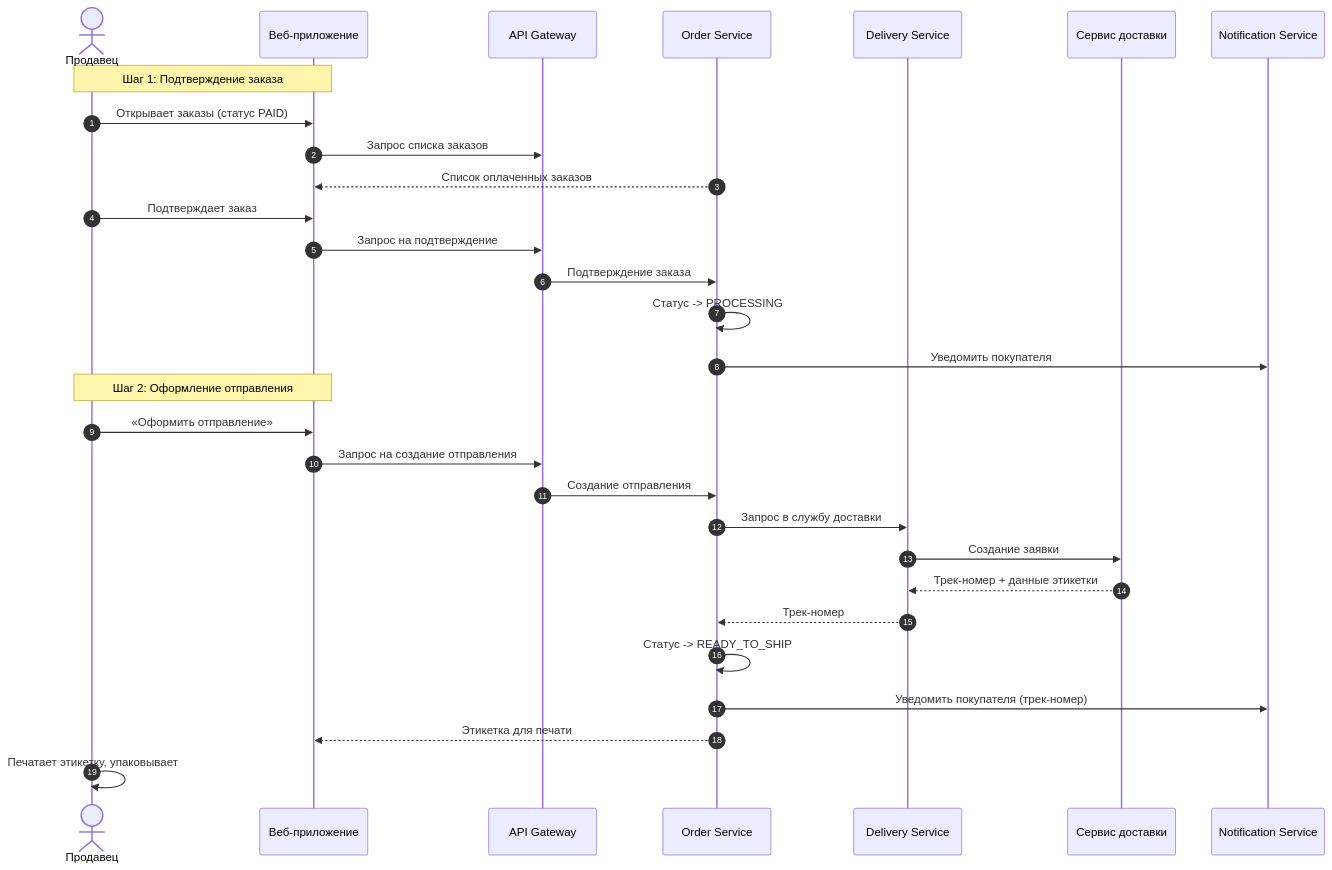
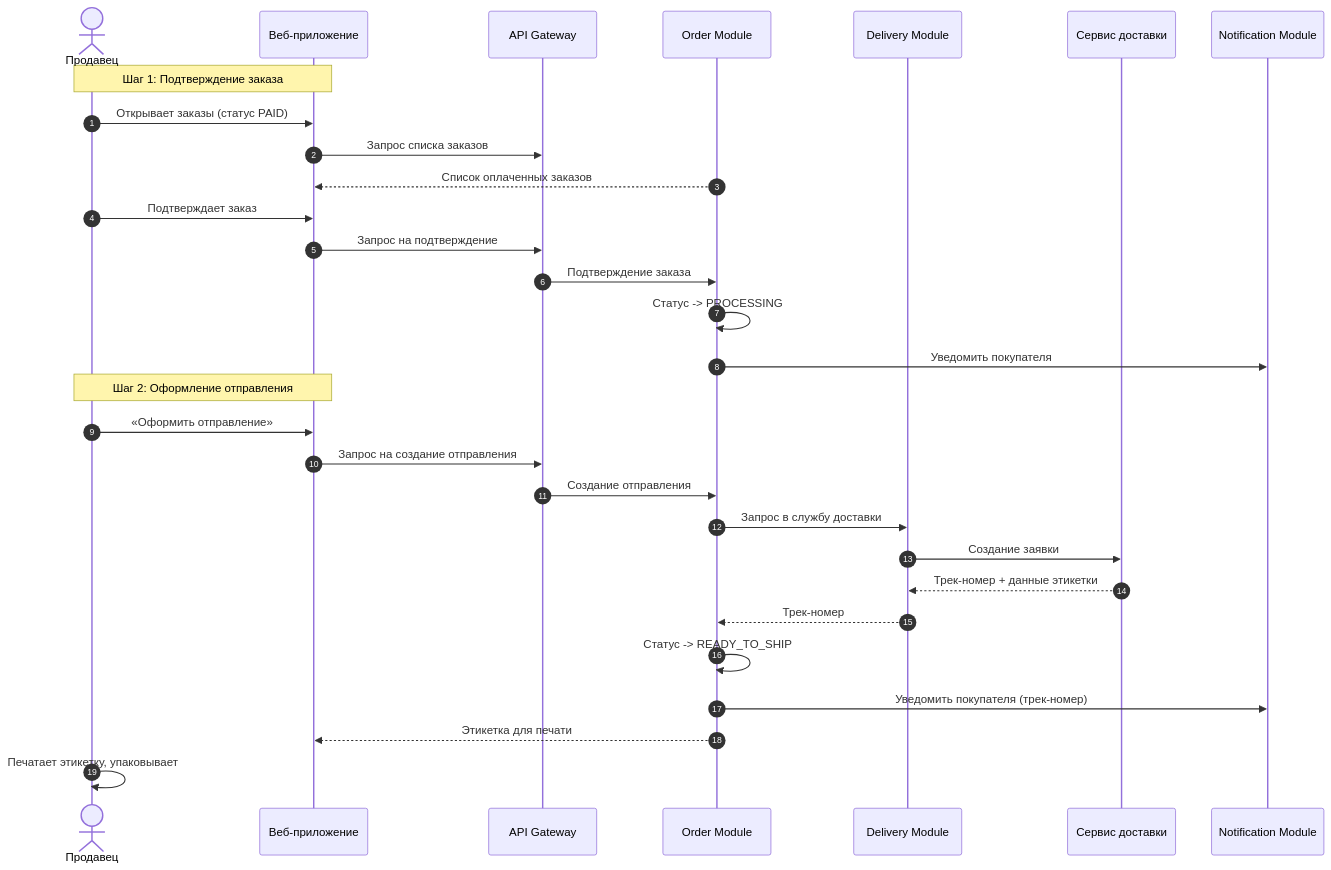
Before and after one commit to EkaterinaNikolaeva/hse-arch-and-design-is: the seventh of 9 diagrams in task-1/docs/TASK1.md, drawn with Mermaid. The commit also changed other lines of this file, not shown here.

Commit message:
rename services to modules, update diagrams

````diff
--- a/task-1/docs/TASK1.md
+++ b/task-1/docs/TASK1.md
@@ -422,36 +439,36 @@
 ```mermaid
 sequenceDiagram
     autonumber
     actor Seller as Продавец
     participant Web as Веб-приложение
     participant API as API Gateway
-    participant Order as Order Service
-    participant Delivery as Delivery Service
+    participant Order as Order Module
+    participant Delivery as Delivery Module
     participant ExtDelivery as Сервис доставки
-    participant Notify as Notification Service
+    participant Notify as Notification Module
 
     Note over Seller, Web: Шаг 1: Подтверждение заказа
     Seller->>Web: Открывает заказы (статус PAID)
     Web->>API: Запрос списка заказов
     Order-->>Web: Список оплаченных заказов
 
     Seller->>Web: Подтверждает заказ
     Web->>API: Запрос на подтверждение
     API->>Order: Подтверждение заказа
     Order->>Order: Статус -> PROCESSING
     Order->>Notify: Уведомить покупателя
     
     Note over Seller, Web: Шаг 2: Оформление отправления
     Seller->>Web: «Оформить отправление»
     Web->>API: Запрос на создание отправления
     API->>Order: Создание отправления
     Order->>Delivery: Запрос в службу доставки
     Delivery->>ExtDelivery: Создание заявки
     ExtDelivery-->>Delivery: Трек-номер + данные этикетки
     Delivery-->>Order: Трек-номер
     Order->>Order: Статус -> READY_TO_SHIP
     Order->>Notify: Уведомить покупателя (трек-номер)
     Order-->>Web: Этикетка для печати
     
     Seller->>Seller: Печатает этикетку, упаковывает
 ```
````
